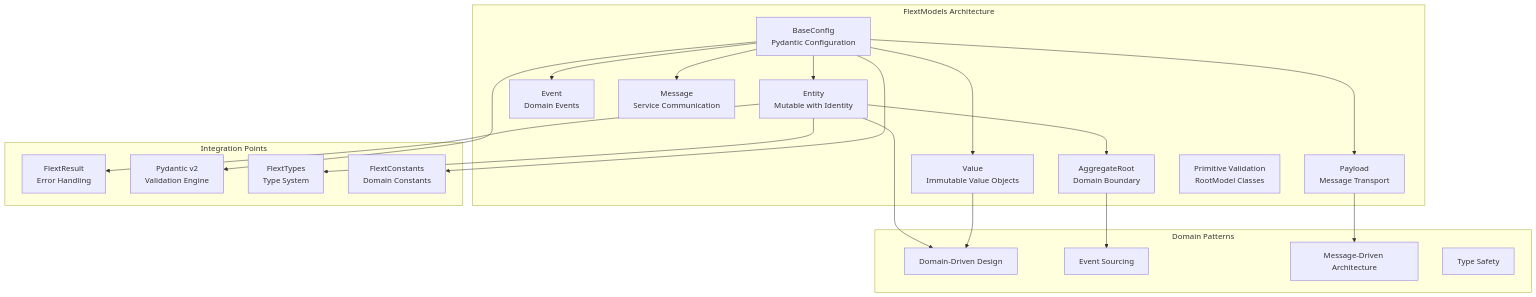
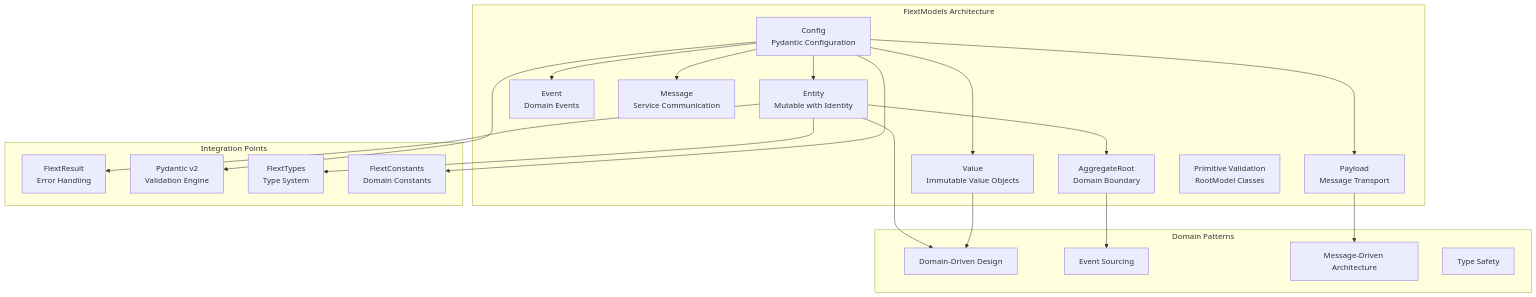
One commit to flext-sh/flext-core changed the diagram in docs/architecture/models/README.md. Above: the diagram before and after it, drawn with Mermaid. The commit also changed 90 other files, not shown here.

````diff
--- a/docs/architecture/models/README.md
+++ b/docs/architecture/models/README.md
@@ -51,48 +51,48 @@
 ```mermaid
 graph TB
     subgraph "FlextModels Architecture"
-        BaseConfig[BaseConfig<br/>Pydantic Configuration]
+        Config[Config<br/>Pydantic Configuration]
 
         Entity[Entity<br/>Mutable with Identity]
         Value[Value<br/>Immutable Value Objects]
         AggregateRoot[AggregateRoot<br/>Domain Boundary]
 
         Payload[Payload<br/>Message Transport]
         Event[Event<br/>Domain Events]
         Message[Message<br/>Service Communication]
 
         Primitives[Primitive Validation<br/>RootModel Classes]
     end
 
     subgraph "Domain Patterns"
         DDD[Domain-Driven Design]
         EventSourcing[Event Sourcing]
         MessageDriven[Message-Driven Architecture]
         TypeSafety[Type Safety]
     end
 
     subgraph "Integration Points"
         FlextResult[FlextResult<br/>Error Handling]
         Pydantic[Pydantic v2<br/>Validation Engine]
         FlextTypes[FlextTypes<br/>Type System]
         FlextConstants[FlextConstants<br/>Domain Constants]
     end
 
-    BaseConfig --> Entity
-    BaseConfig --> Value
+    Config --> Entity
+    Config --> Value
     Entity --> AggregateRoot
 
-    BaseConfig --> Payload
-    BaseConfig --> Event
-    BaseConfig --> Message
+    Config --> Payload
+    Config --> Event
+    Config --> Message
 
     Entity --> DDD
     Value --> DDD
     AggregateRoot --> EventSourcing
     Payload --> MessageDriven
 
     Entity --> FlextResult
-    BaseConfig --> Pydantic
+    Config --> Pydantic
     Entity --> FlextTypes
-    BaseConfig --> FlextConstants
+    Config --> FlextConstants
 ```
````
